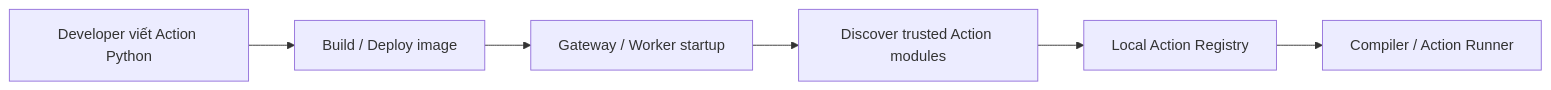
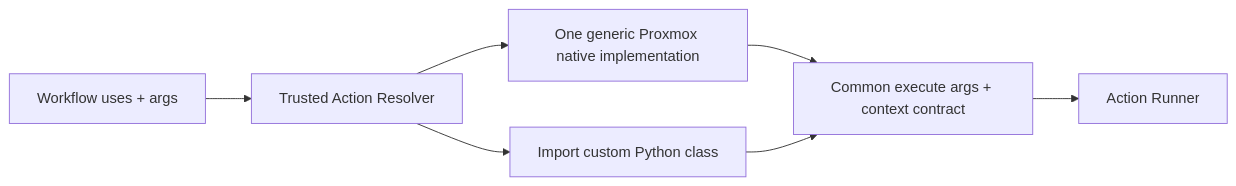
One commit to chiennc4805/proxmox-load-balancer changed the fifth of 8 diagrams in README.md. Above: the diagram before and after it, drawn with Mermaid. The commit also changed other lines of this file and 31 other files, not shown here.

````diff
--- a/README.md
+++ b/README.md
@@ -318,8 +309,9 @@
 ```mermaid
 flowchart LR
-    CODE[Developer viết Action Python] --> DEPLOY[Build / Deploy image]
-    DEPLOY --> BOOT[Gateway / Worker startup]
-    BOOT --> DISCOVER[Discover trusted Action modules]
-    DISCOVER --> REG[Local Action Registry]
-    REG --> USE[Compiler / Action Runner]
+    YAML[Workflow uses + args] --> RESOLVE[Trusted Action Resolver]
+    RESOLVE --> NATIVE[One generic Proxmox native implementation]
+    RESOLVE --> ADHOC[Import custom Python class]
+    NATIVE --> CONTRACT[Common execute args + context contract]
+    ADHOC --> CONTRACT
+    CONTRACT --> ENGINE[Action Runner]
 ```
````
